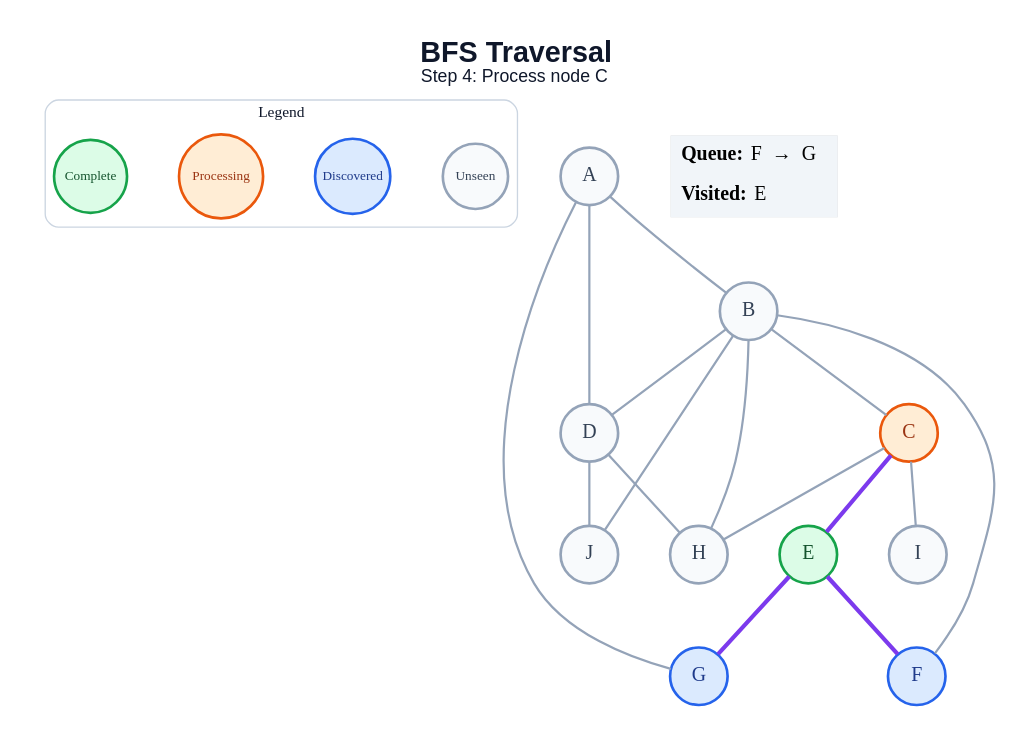
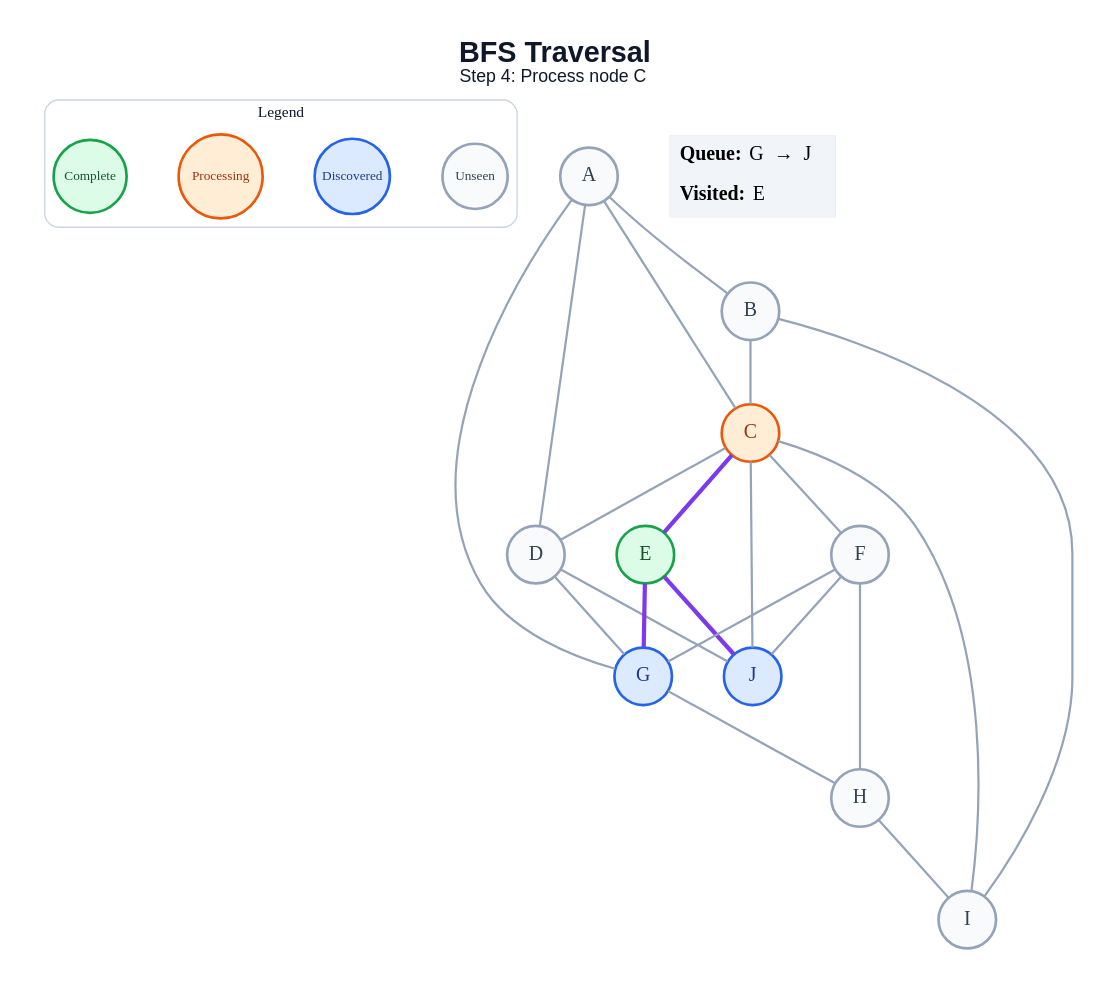
Before and after one commit to amanghodawala9/ai-slop: the diagram in generated/specific-node/bfs/step_04.dot, drawn with Graphviz. The commit also changed 178 other files, not shown here.

```diff
--- a/generated/specific-node/bfs/step_04.dot
+++ b/generated/specific-node/bfs/step_04.dot
@@ -1,44 +1,49 @@
 graph traversal {
   graph [layout=dot, rankdir=TB, bgcolor="#FFFFFF", pad="0.35", nodesep="0.65", ranksep="0.8", fontname="Arial"];
   node [shape=circle, style="filled", fontname="Arial Bold", fontsize=18, width=0.72, fixedsize=true, penwidth=2.4];
   edge [color="#94A3B8", penwidth=2.0];
   label=<<B>BFS Traversal</B><BR/><FONT POINT-SIZE="16">Step 4: Process node C</FONT>>; labelloc="t"; fontsize=26; fontname="Arial"; fontcolor="#0F172A";
   subgraph cluster_legend { label="Legend"; color="#CBD5E1"; penwidth=1.2; style="rounded"; fontsize=14; fontname="Arial Bold";
     key_unseen [label="Unseen", fillcolor="#F8FAFC", color="#94A3B8", fontcolor="#334155", fontsize=12, width=0.82];
     key_frontier [label="Discovered", fillcolor="#DBEAFE", color="#2563EB", fontcolor="#1E3A8A", fontsize=12, width=0.95];
     key_current [label="Processing", fillcolor="#FFEDD5", color="#EA580C", fontcolor="#9A3412", fontsize=12, width=1.05];
     key_done [label="Complete", fillcolor="#DCFCE7", color="#16A34A", fontcolor="#14532D", fontsize=12, width=0.92];
     { rank=same; key_unseen; key_frontier; key_current; key_done; }
   }
   A [fillcolor="#F8FAFC", color="#94A3B8", fontcolor="#334155"];
   B [fillcolor="#F8FAFC", color="#94A3B8", fontcolor="#334155"];
   C [fillcolor="#FFEDD5", color="#EA580C", fontcolor="#9A3412"];
   D [fillcolor="#F8FAFC", color="#94A3B8", fontcolor="#334155"];
   E [fillcolor="#DCFCE7", color="#16A34A", fontcolor="#14532D"];
-  F [fillcolor="#DBEAFE", color="#2563EB", fontcolor="#1E3A8A"];
+  F [fillcolor="#F8FAFC", color="#94A3B8", fontcolor="#334155"];
   G [fillcolor="#DBEAFE", color="#2563EB", fontcolor="#1E3A8A"];
   H [fillcolor="#F8FAFC", color="#94A3B8", fontcolor="#334155"];
   I [fillcolor="#F8FAFC", color="#94A3B8", fontcolor="#334155"];
-  J [fillcolor="#F8FAFC", color="#94A3B8", fontcolor="#334155"];
+  J [fillcolor="#DBEAFE", color="#2563EB", fontcolor="#1E3A8A"];
   A -- B;
+  A -- C;
   A -- D;
   A -- G;
   B -- C;
-  B -- D;
-  B -- F;
-  B -- H;
-  B -- J;
+  B -- I;
+  C -- D;
   C -- E [color="#7C3AED", penwidth=3.8];
-  C -- H;
+  C -- F;
   C -- I;
-  D -- H;
+  C -- J;
+  D -- G;
   D -- J;
-  E -- F [color="#7C3AED", penwidth=3.8];
   E -- G [color="#7C3AED", penwidth=3.8];
+  E -- J [color="#7C3AED", penwidth=3.8];
+  F -- G;
+  F -- H;
+  F -- J;
+  G -- H;
+  H -- I;
   status [shape=plain, fixedsize=false, width=0, height=0, margin=0, label=<
     <TABLE BORDER="0" CELLBORDER="0" CELLPADDING="7" BGCOLOR="#F1F5F9">
-      <TR><TD ALIGN="LEFT"><B>Queue:</B> F  →  G</TD></TR>
+      <TR><TD ALIGN="LEFT"><B>Queue:</B> G  →  J</TD></TR>
       <TR><TD ALIGN="LEFT"><B>Visited:</B> E</TD></TR>
     </TABLE>
   >];
 }
```
